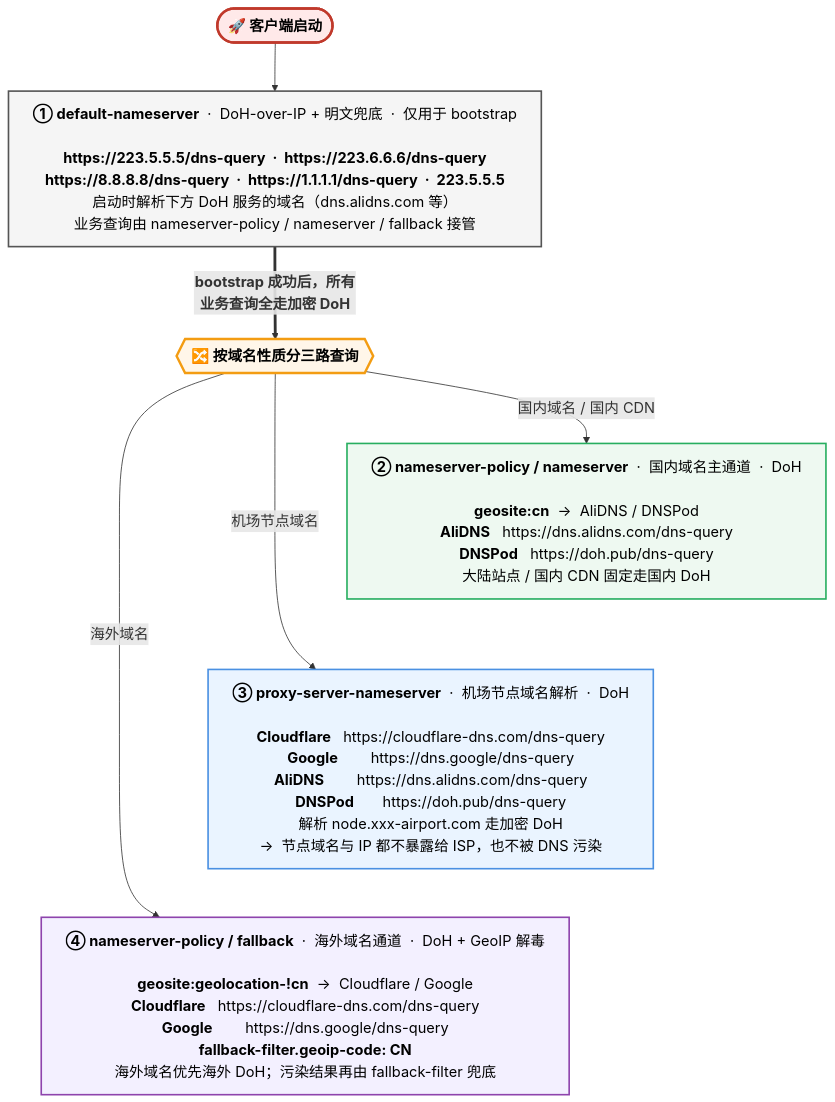
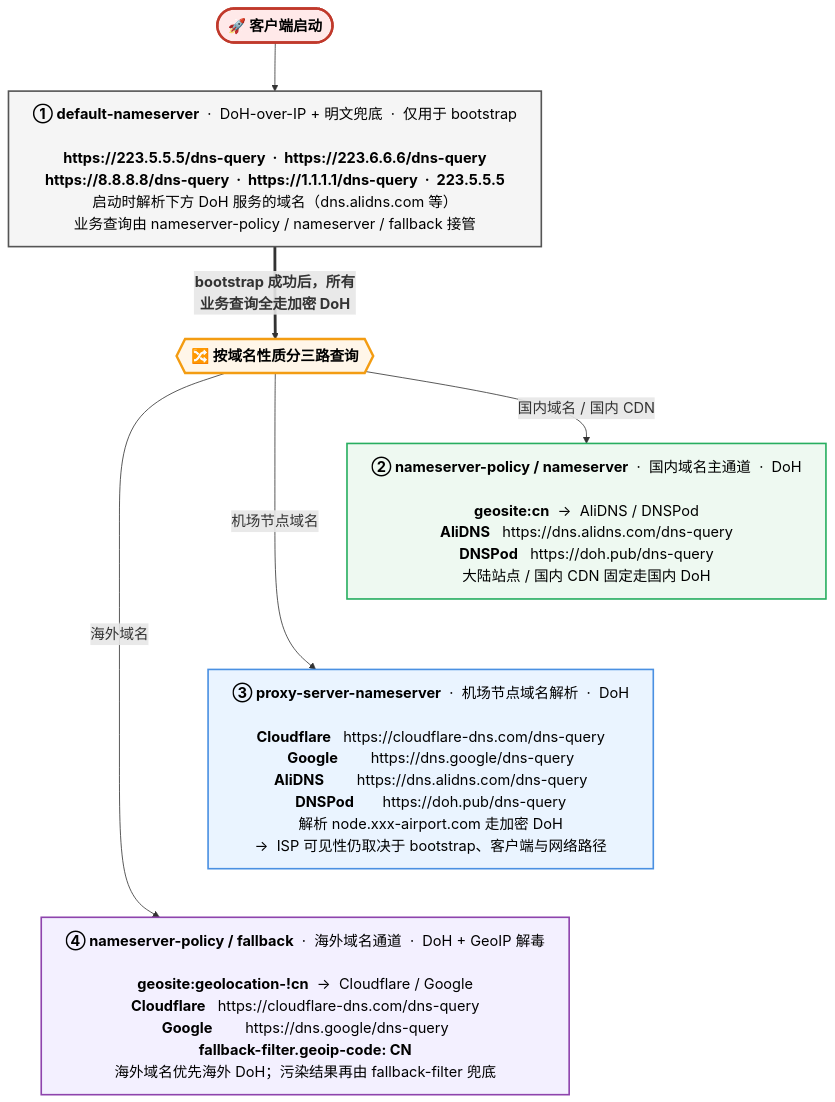
Before and after one commit to IvanSolis1989/Clash: the third of 3 diagrams in README.md, drawn with Mermaid. The commit also changed other lines of this file and 34 other files, not shown here.

````diff
--- a/README.md
+++ b/README.md
@@ -167,39 +178,39 @@
 ```mermaid
 ---
 config:
   flowchart:
     htmlLabels: true
     wrappingWidth: 1000
     nodeSpacing: 50
     rankSpacing: 60
   themeVariables:
     fontSize: 18px
 ---
 flowchart TB
     Start(["<b>🚀 客户端启动</b>"])
 
     L1["<b>① default-nameserver</b> &nbsp;·&nbsp; DoH-over-IP + 明文兜底 &nbsp;·&nbsp; 仅用于 bootstrap<br/><br/><b>https://223.5.5.5/dns-query &nbsp;·&nbsp; https://223.6.6.6/dns-query</b><br/><b>https://8.8.8.8/dns-query &nbsp;·&nbsp; https://1.1.1.1/dns-query &nbsp;·&nbsp; 223.5.5.5</b><br/>启动时解析下方 DoH 服务的域名（dns.alidns.com 等）<br/>业务查询由 nameserver-policy / nameserver / fallback 接管"]
 
     Gate{{"<b>🔀 按域名性质分三路查询</b>"}}
 
     L2["<b>② nameserver-policy / nameserver</b> &nbsp;·&nbsp; 国内域名主通道 &nbsp;·&nbsp; DoH<br/><br/><b>geosite:cn</b> &nbsp;→&nbsp; AliDNS / DNSPod<br/><b>AliDNS</b> &nbsp; https://dns.alidns.com/dns-query<br/><b>DNSPod</b> &nbsp; https://doh.pub/dns-query<br/>大陆站点 / 国内 CDN 固定走国内 DoH"]
 
-    L3["<b>③ proxy-server-nameserver</b> &nbsp;·&nbsp; 机场节点域名解析 &nbsp;·&nbsp; DoH<br/><br/><b>Cloudflare</b> &nbsp; https://cloudflare-dns.com/dns-query<br/><b>Google</b> &nbsp;&nbsp;&nbsp;&nbsp;&nbsp;&nbsp; https://dns.google/dns-query<br/><b>AliDNS</b> &nbsp;&nbsp;&nbsp;&nbsp;&nbsp;&nbsp; https://dns.alidns.com/dns-query<br/><b>DNSPod</b> &nbsp;&nbsp;&nbsp;&nbsp;&nbsp; https://doh.pub/dns-query<br/>解析 node.xxx-airport.com 走加密 DoH<br/>→&nbsp; 节点域名与 IP 都不暴露给 ISP，也不被 DNS 污染"]
+    L3["<b>③ proxy-server-nameserver</b> &nbsp;·&nbsp; 机场节点域名解析 &nbsp;·&nbsp; DoH<br/><br/><b>Cloudflare</b> &nbsp; https://cloudflare-dns.com/dns-query<br/><b>Google</b> &nbsp;&nbsp;&nbsp;&nbsp;&nbsp;&nbsp; https://dns.google/dns-query<br/><b>AliDNS</b> &nbsp;&nbsp;&nbsp;&nbsp;&nbsp;&nbsp; https://dns.alidns.com/dns-query<br/><b>DNSPod</b> &nbsp;&nbsp;&nbsp;&nbsp;&nbsp; https://doh.pub/dns-query<br/>解析 node.xxx-airport.com 走加密 DoH<br/>→&nbsp; ISP 可见性仍取决于 bootstrap、客户端与网络路径"]
 
     L4["<b>④ nameserver-policy / fallback</b> &nbsp;·&nbsp; 海外域名通道 &nbsp;·&nbsp; DoH + GeoIP 解毒<br/><br/><b>geosite:geolocation-!cn</b> &nbsp;→&nbsp; Cloudflare / Google<br/><b>Cloudflare</b> &nbsp; https://cloudflare-dns.com/dns-query<br/><b>Google</b> &nbsp;&nbsp;&nbsp;&nbsp;&nbsp;&nbsp; https://dns.google/dns-query<br/><b>fallback-filter.geoip-code: CN</b><br/>海外域名优先海外 DoH；污染结果再由 fallback-filter 兜底"]
 
     Start --> L1
     L1 ==>|"<b>bootstrap 成功后，所有业务查询全走加密 DoH</b>"| Gate
     Gate -->|"国内域名 / 国内 CDN"| L2
     Gate -->|"机场节点域名"| L3
     Gate -->|"海外域名"| L4
     L2 ~~~ L3
     L3 ~~~ L4
 
     style Start fill:#FFE9E9,stroke:#C0392B,stroke-width:3px,color:#000
     style L1 fill:#F5F5F5,stroke:#555,stroke-width:2px,color:#000
     style Gate fill:#FFF6E9,stroke:#F39C12,stroke-width:3px,color:#000
     style L2 fill:#EEF9F1,stroke:#27AE60,stroke-width:2px,color:#000
     style L3 fill:#EAF4FF,stroke:#4A90E2,stroke-width:2px,color:#000
     style L4 fill:#F3F0FF,stroke:#8E44AD,stroke-width:2px,color:#000
 ```
````
